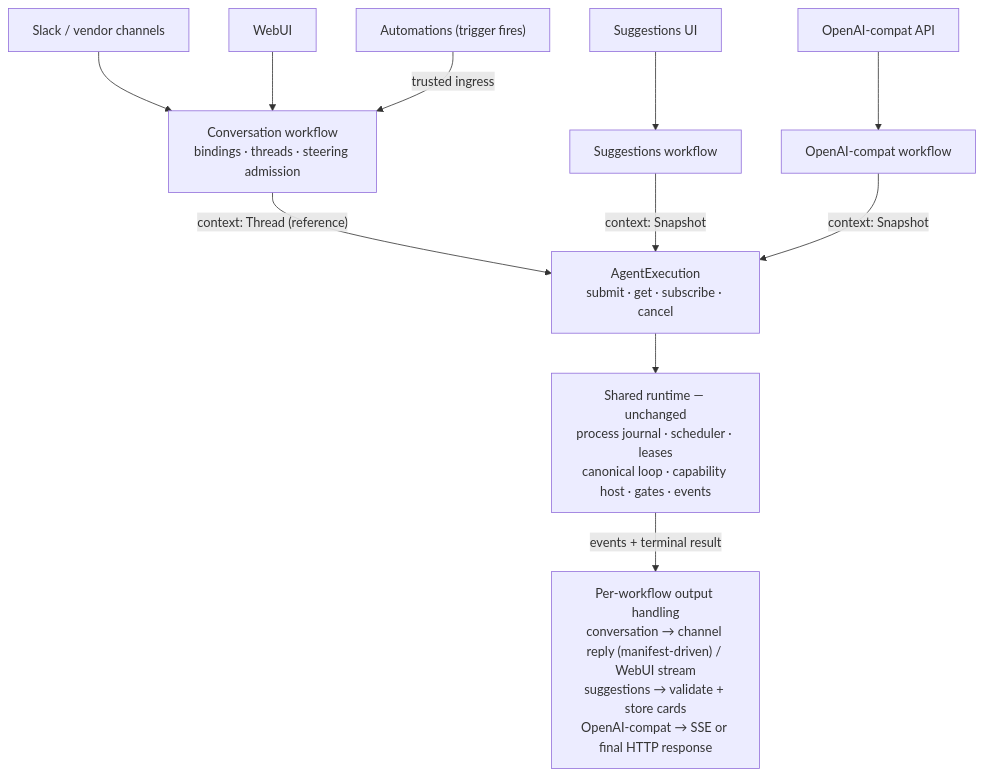
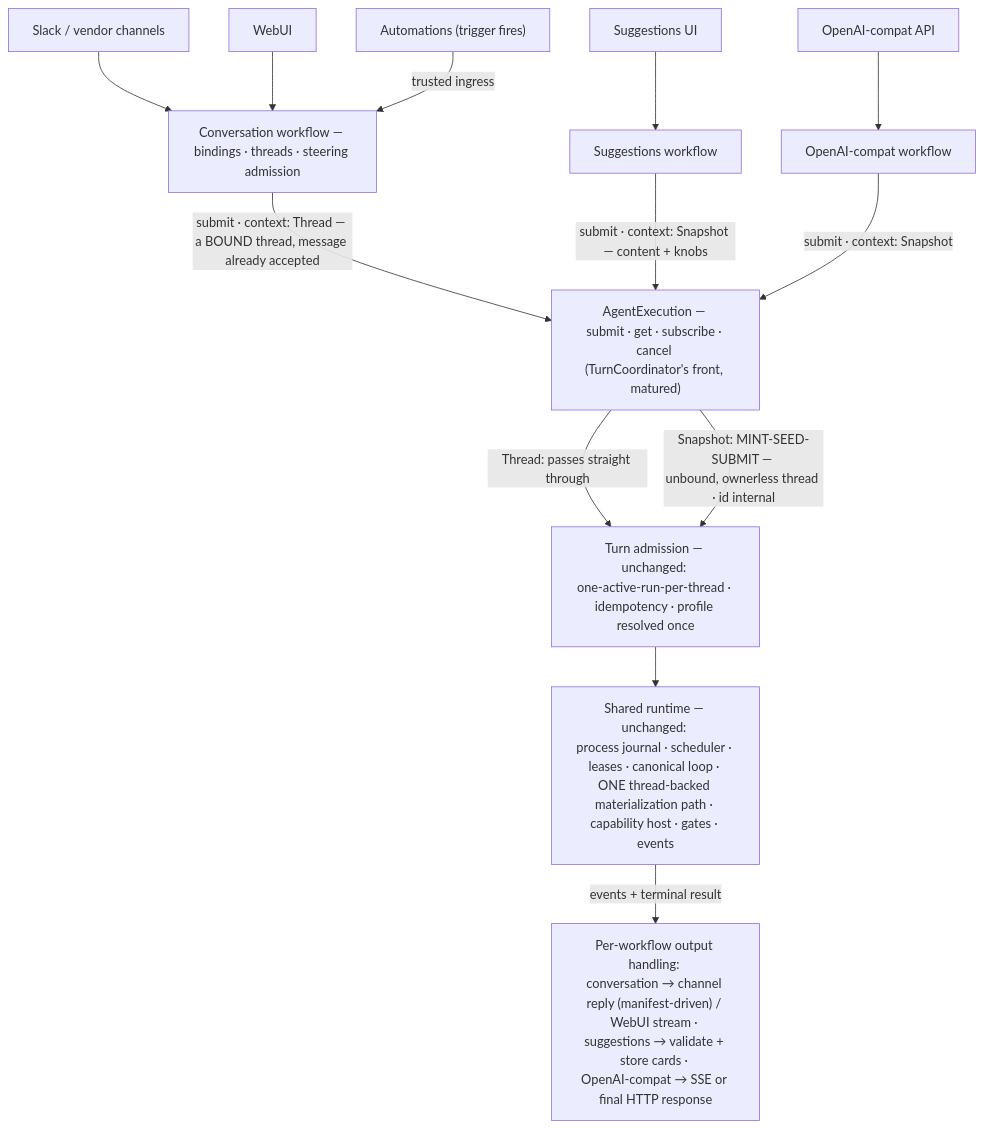
One commit to linhongyu510/ironclaw changed the diagram in docs/internal/design/2026-08-12-agent-execution-seam.md. Above: the diagram before and after it, drawn with Mermaid. The commit also changed other lines of this file and 1 other file, not shown here.

Commit message:
docs(internal): update both diagrams to the converged model
The two mermaid diagrams still showed the pre-convergence picture. Both
now show mint-seed-submit behind the door (Snapshot → unbound, ownerless
thread → the same unchanged turn admission) and the single thread-backed
materialization path; the seam node is labeled as TurnCoordinator's
front, matured. Labels reflowed so renderers that strip <br/> tags keep
readable spacing.

````diff
--- a/docs/internal/design/2026-08-12-agent-execution-seam.md
+++ b/docs/internal/design/2026-08-12-agent-execution-seam.md
@@ -192,16 +192,23 @@
 ```mermaid
 flowchart TB
-    Slack["Slack / vendor channels"] --> Conv["Conversation workflow<br/>bindings · threads · steering admission"]
+    Slack["Slack / vendor channels"] --> Conv["Conversation workflow — <br/>bindings · threads · steering admission"]
     WebUI["WebUI"] --> Conv
     Auto["Automations (trigger fires)"] -->|"trusted ingress"| Conv
     Sugg["Suggestions UI"] --> SuggWf["Suggestions workflow"]
     OAI["OpenAI-compat API"] --> CompatWf["OpenAI-compat workflow"]
 
-    Conv -->|"context: Thread (reference)"| AE["AgentExecution<br/>submit · get · subscribe · cancel"]
-    SuggWf -->|"context: Snapshot"| AE
-    CompatWf -->|"context: Snapshot"| AE
+    Conv -->|"submit · context: Thread — a BOUND thread, message already accepted"| AE
+    SuggWf -->|"submit · context: Snapshot — content + knobs"| AE
+    CompatWf -->|"submit · context: Snapshot"| AE
 
-    AE --> RT["Shared runtime — unchanged<br/>process journal · scheduler · leases<br/>canonical loop · capability host · gates · events"]
+    AE["AgentExecution — <br/>submit · get · subscribe · cancel <br/>(TurnCoordinator's front, matured)"]
 
-    RT -->|"events + terminal result"| Out["Per-workflow output handling<br/>conversation → channel reply (manifest-driven) / WebUI stream<br/>suggestions → validate + store cards<br/>OpenAI-compat → SSE or final HTTP response"]
+    AE -->|"Thread: passes straight through"| ADM
+    AE -->|"Snapshot: MINT-SEED-SUBMIT — <br/>unbound, ownerless thread · id internal"| ADM
+
+    ADM["Turn admission — unchanged: <br/>one-active-run-per-thread · idempotency · profile resolved once"]
+
+    ADM --> RT["Shared runtime — unchanged: <br/>process journal · scheduler · leases · canonical loop · <br/>ONE thread-backed materialization path · <br/>capability host · gates · events"]
+
+    RT -->|"events + terminal result"| Out["Per-workflow output handling: <br/>conversation → channel reply (manifest-driven) / WebUI stream · <br/>suggestions → validate + store cards · <br/>OpenAI-compat → SSE or final HTTP response"]
 ```
````
